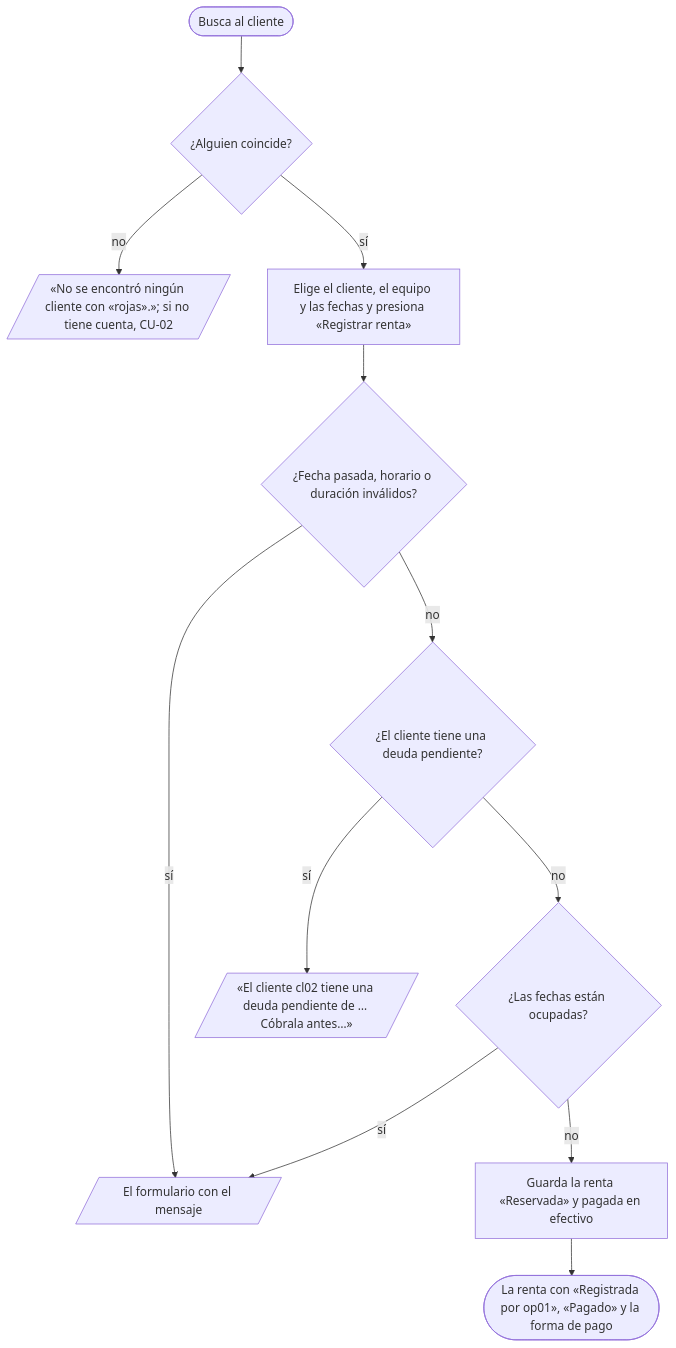
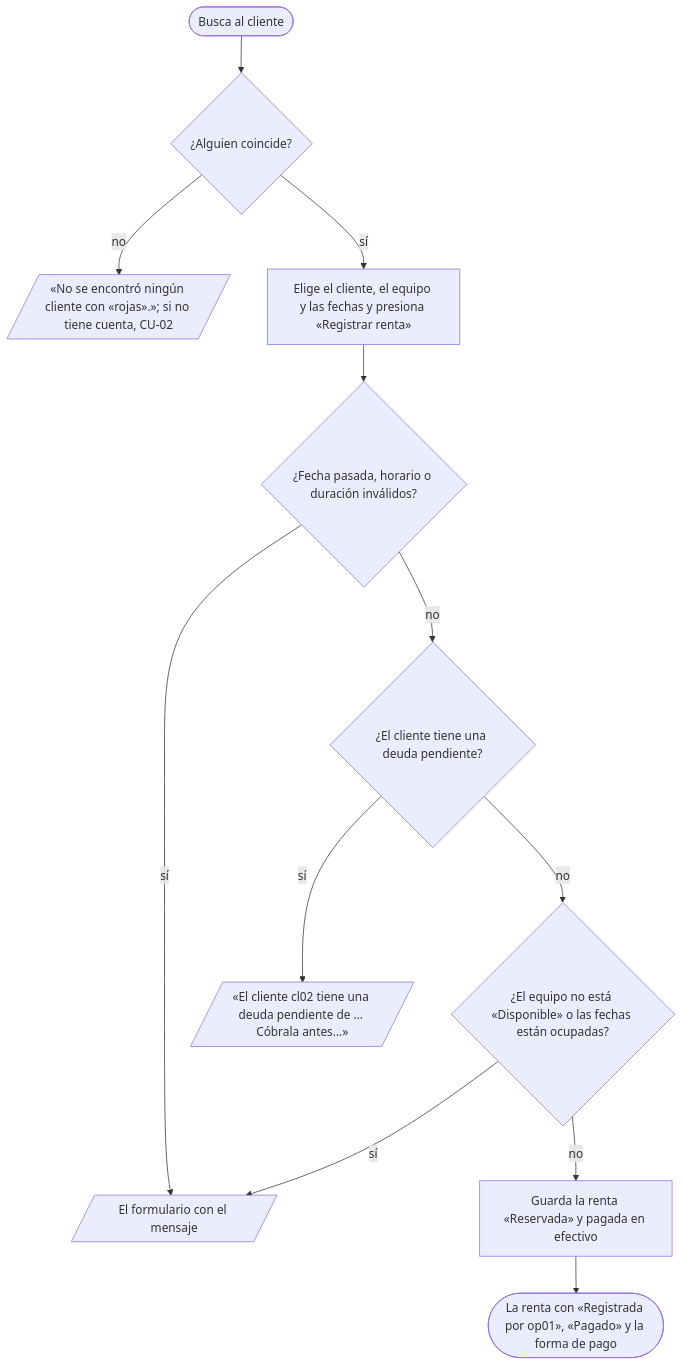
Before and after one commit to peterteranb/astra-rent-system: diagram 12 of 39 in docs/casos-de-uso.md, drawn with Mermaid. The commit also changed other lines of this file and 9 other files, not shown here.

````diff
--- a/docs/casos-de-uso.md
+++ b/docs/casos-de-uso.md
@@ -448,14 +563,14 @@
 ```mermaid
 flowchart TD
     A(["Busca al cliente"]) --> B{"¿Alguien coincide?"}
-    B -- no --> C[/"«No se encontró ningún cliente con «rojas».»; si no tiene cuenta, CU-02"/]
+    B -- no --> C[/"«No se encontró ningún cliente con «rojas».»#59; si no tiene cuenta, CU-02"/]
     B -- sí --> D["Elige el cliente, el equipo y las fechas y presiona «Registrar renta»"]
     D --> E{"¿Fecha pasada, horario o duración inválidos?"}
     E -- sí --> F[/"El formulario con el mensaje"/]
     E -- no --> G{"¿El cliente tiene una deuda pendiente?"}
     G -- sí --> H[/"«El cliente cl02 tiene una deuda pendiente de … Cóbrala antes…»"/]
-    G -- no --> I{"¿Las fechas están ocupadas?"}
+    G -- no --> I{"¿El equipo no está «Disponible» o las fechas están ocupadas?"}
     I -- sí --> F
     I -- no --> J["Guarda la renta «Reservada» y pagada en efectivo"]
     J --> K(["La renta con «Registrada por op01», «Pagado» y la forma de pago"])
 ```
````
